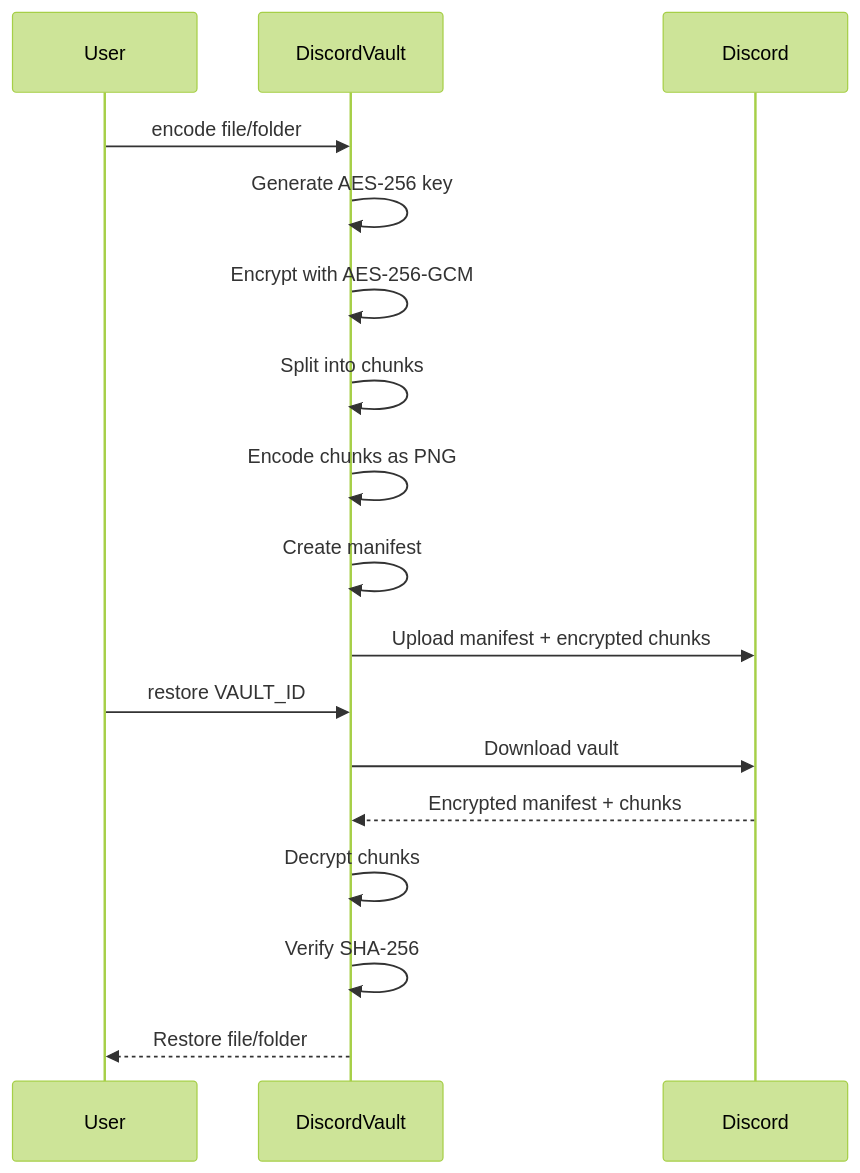
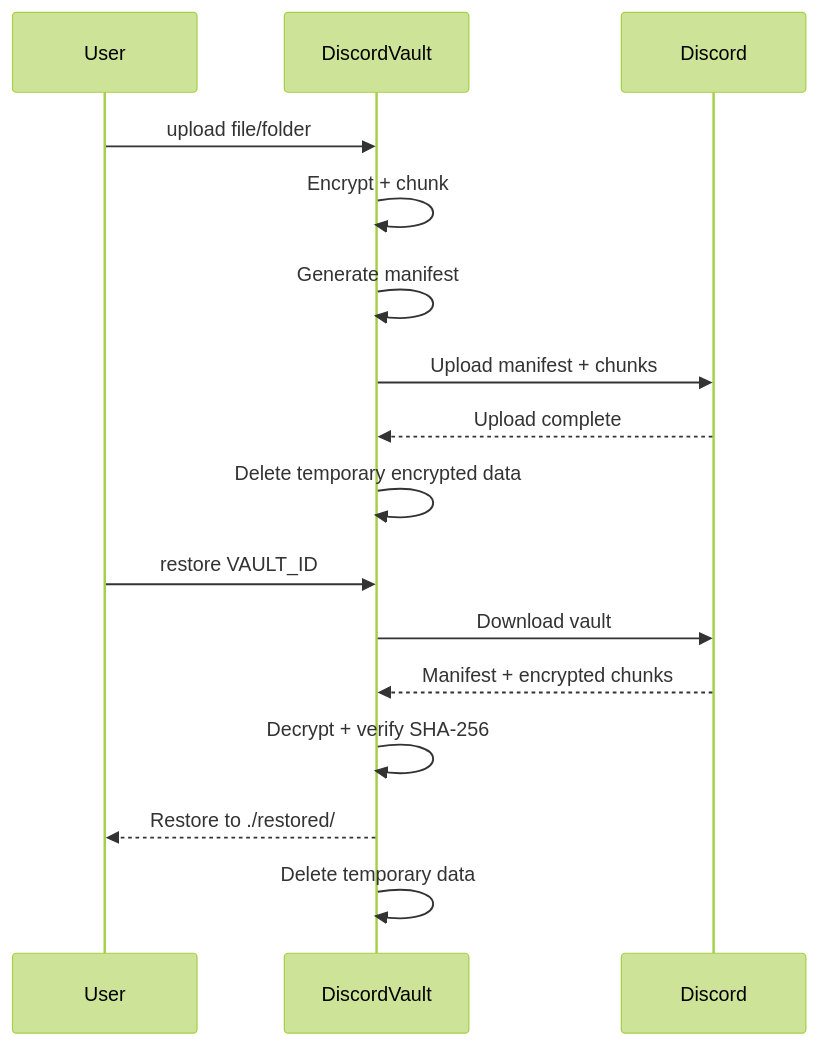
One commit to DrunkTrader/discord-vault changed the second of 3 diagrams in README.md. Above: the diagram before and after it, drawn with Mermaid (forest theme). The commit also changed other lines of this file, not shown here.

````diff
--- a/README.md
+++ b/README.md
@@ -49,21 +49,20 @@
 ```mermaid
 sequenceDiagram
     participant User
     participant Vault as DiscordVault
     participant Discord
 
-    User->>Vault: encode file/folder
-    Vault->>Vault: Generate AES-256 key
-    Vault->>Vault: Encrypt with AES-256-GCM
-    Vault->>Vault: Split into chunks
-    Vault->>Vault: Encode chunks as PNG
-    Vault->>Vault: Create manifest
-    Vault->>Discord: Upload manifest + encrypted chunks
+    User->>Vault: upload file/folder
+    Vault->>Vault: Encrypt + chunk
+    Vault->>Vault: Generate manifest
+    Vault->>Discord: Upload manifest + chunks
+    Discord-->>Vault: Upload complete
+    Vault->>Vault: Delete temporary encrypted data
 
     User->>Vault: restore VAULT_ID
     Vault->>Discord: Download vault
-    Discord-->>Vault: Encrypted manifest + chunks
-    Vault->>Vault: Decrypt chunks
-    Vault->>Vault: Verify SHA-256
-    Vault-->>User: Restore file/folder
+    Discord-->>Vault: Manifest + encrypted chunks
+    Vault->>Vault: Decrypt + verify SHA-256
+    Vault-->>User: Restore to ./restored/
+    Vault->>Vault: Delete temporary data
 ```
````
